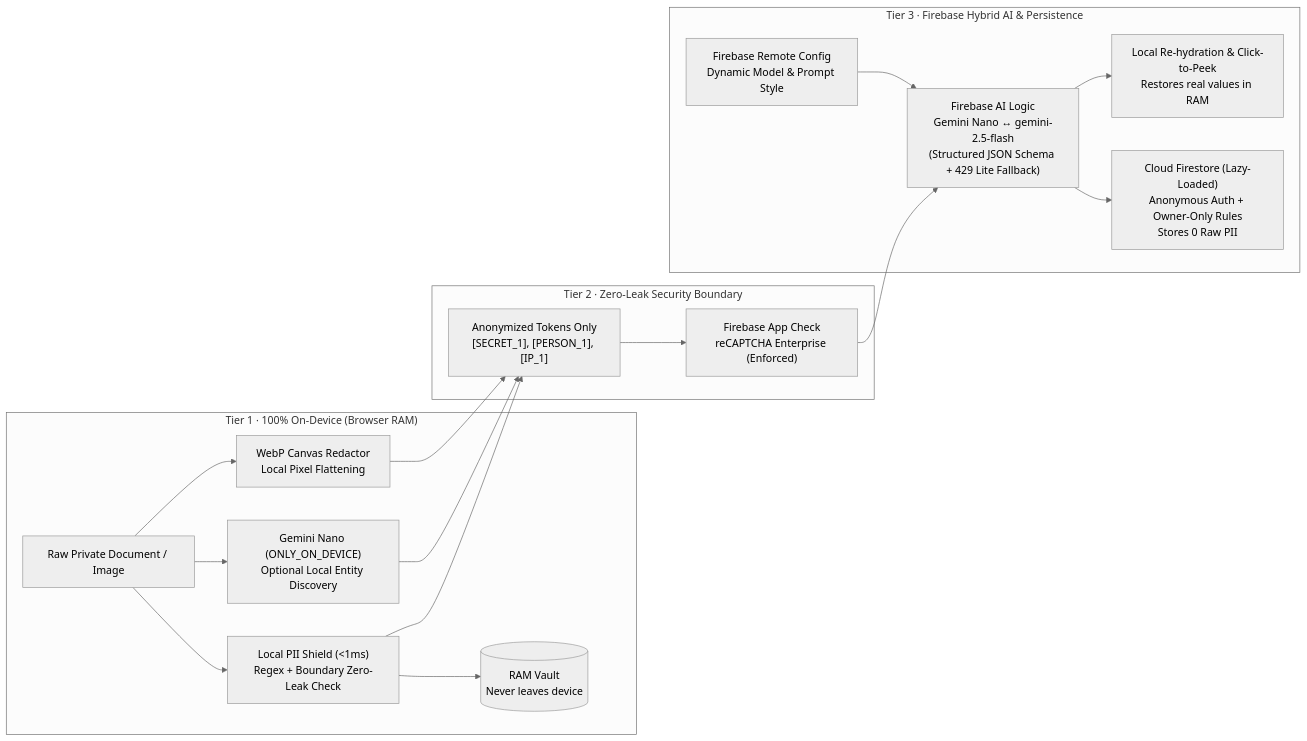
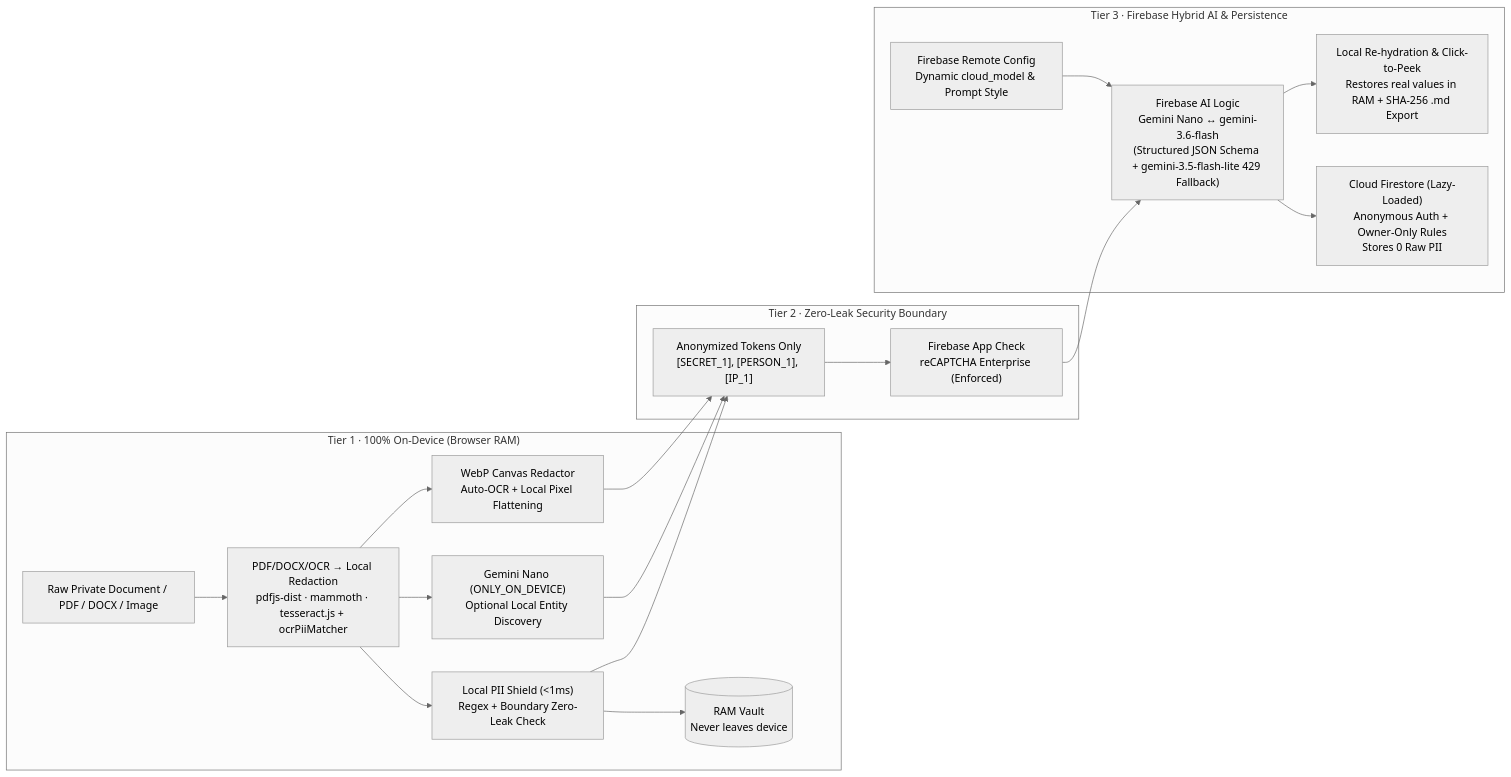
Before and after one commit to tuananh810-fake/privaguard-hybrid-ai: the diagram in README.md, drawn with Mermaid (neutral theme). The commit also changed other lines of this file and 13 other files, not shown here.

Commit message:
v5.1: docs v5.0, current Gemini models, samples, OCR eng+vie, deploy fixes

````diff
--- a/README.md
+++ b/README.md
@@ -11,24 +19,25 @@
 ```mermaid
 flowchart LR
   subgraph L1["Tier 1 · 100% On-Device (Browser RAM)"]
-    A["Raw Private Document / Image"] --> B["Local PII Shield (<1ms)<br/>Regex + Boundary Zero-Leak Check"]
-    A --> C["Gemini Nano (ONLY_ON_DEVICE)<br/>Optional Local Entity Discovery"]
-    A --> D["WebP Canvas Redactor<br/>Local Pixel Flattening"]
+    A["Raw Private Document / PDF / DOCX / Image"] --> P["PDF/DOCX/OCR → Local Redaction<br/>pdfjs-dist · mammoth · tesseract.js + ocrPiiMatcher"]
+    P --> B["Local PII Shield (<1ms)<br/>Regex + Boundary Zero-Leak Check"]
+    P --> C["Gemini Nano (ONLY_ON_DEVICE)<br/>Optional Local Entity Discovery"]
+    P --> D["WebP Canvas Redactor<br/>Auto-OCR + Local Pixel Flattening"]
     B --> V[("RAM Vault<br/>Never leaves device")]
   end
 
   subgraph L2["Tier 2 · Zero-Leak Security Boundary"]
     E["Anonymized Tokens Only<br/>[SECRET_1], [PERSON_1], [IP_1]"] --> F["Firebase App Check<br/>reCAPTCHA Enterprise (Enforced)"]
   end
 
   subgraph L3["Tier 3 · Firebase Hybrid AI & Persistence"]
-    F --> G["Firebase AI Logic<br/>Gemini Nano ↔ gemini-2.5-flash<br/>(Structured JSON Schema + 429 Lite Fallback)"]
-    H["Firebase Remote Config<br/>Dynamic Model & Prompt Style"] --> G
-    G --> I["Local Re-hydration & Click-to-Peek<br/>Restores real values in RAM"]
+    F --> G["Firebase AI Logic<br/>Gemini Nano ↔ gemini-3.6-flash<br/>(Structured JSON Schema + gemini-3.5-flash-lite 429 Fallback)"]
+    H["Firebase Remote Config<br/>Dynamic cloud_model & Prompt Style"] --> G
+    G --> I["Local Re-hydration & Click-to-Peek<br/>Restores real values in RAM + SHA-256 .md Export"]
     G --> J["Cloud Firestore (Lazy-Loaded)<br/>Anonymous Auth + Owner-Only Rules<br/>Stores 0 Raw PII"]
   end
 
   B --> E
   C --> E
   D --> E
 ```
````
